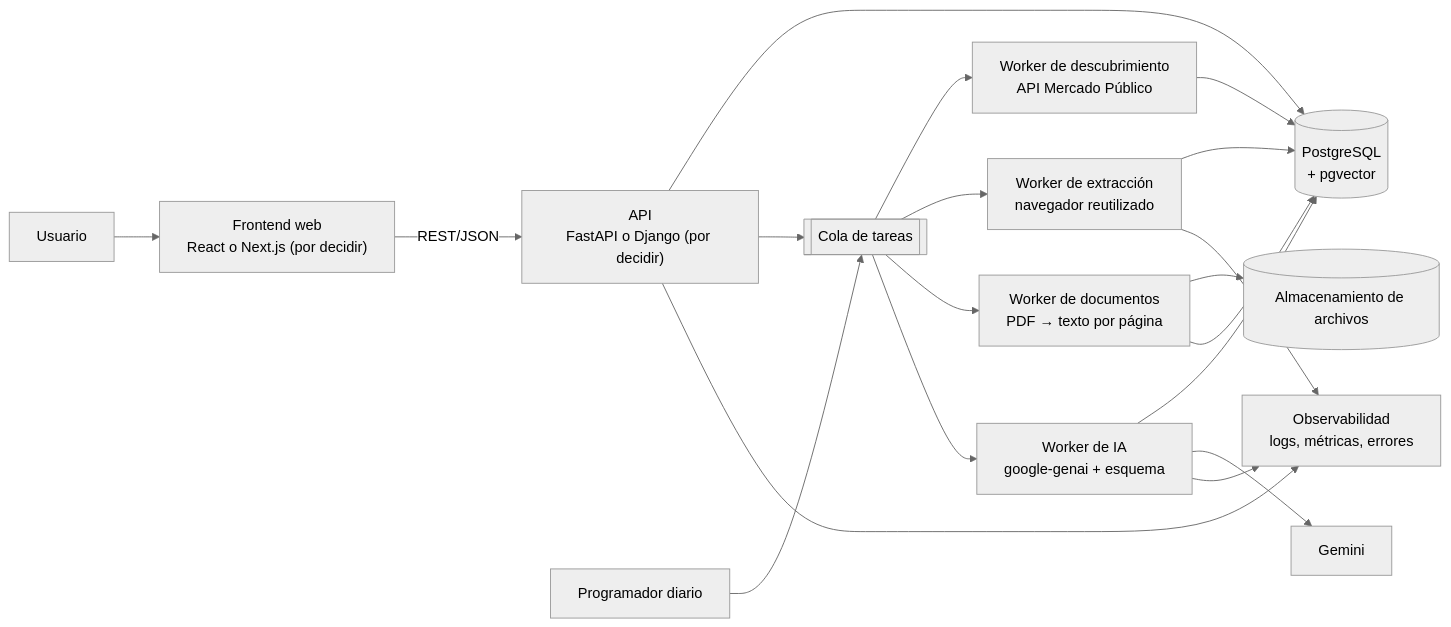
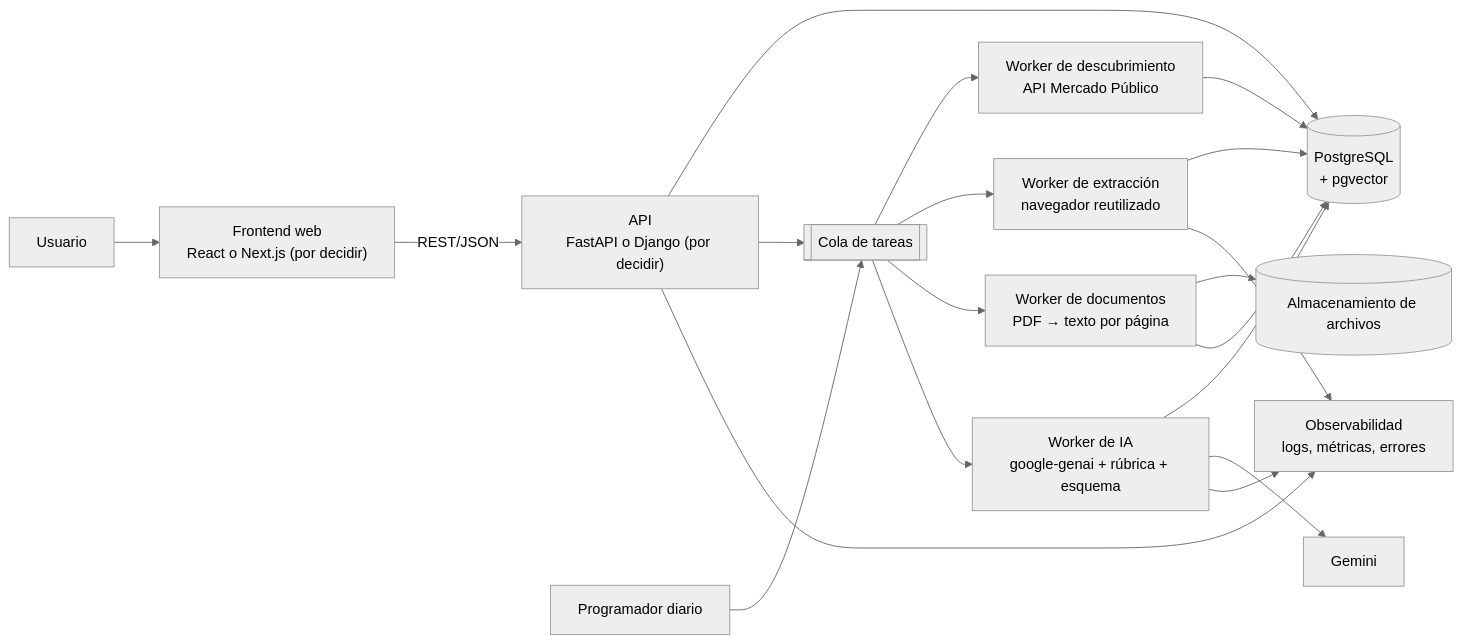
Before and after one commit to randradev/licitai-prototipo: the fourth of 4 diagrams in LICITAI_PROJECT_DOSSIER.md, drawn with Mermaid (neutral theme). The commit also changed other lines of this file, not shown here.

````diff
--- a/LICITAI_PROJECT_DOSSIER.md
+++ b/LICITAI_PROJECT_DOSSIER.md
@@ -492,21 +617,21 @@
 ```mermaid
 flowchart LR
     U[Usuario] --> FE["Frontend web<br/>React o Next.js (por decidir)"]
     FE -- REST/JSON --> API["API<br/>FastAPI o Django (por decidir)"]
     API --> PG[("PostgreSQL<br/>+ pgvector")]
     API --> Q[["Cola de tareas"]]
     SCH["Programador diario"] --> Q
     Q --> W1["Worker de descubrimiento<br/>API Mercado Público"]
     Q --> W2["Worker de extracción<br/>navegador reutilizado"]
     Q --> W3["Worker de documentos<br/>PDF → texto por página"]
-    Q --> W4["Worker de IA<br/>google-genai + esquema"]
+    Q --> W4["Worker de IA<br/>google-genai + rúbrica + esquema"]
     W1 --> PG
     W2 --> PG
     W3 --> OBJ[("Almacenamiento de archivos")]
     W3 --> PG
     W4 --> PG
     W4 --> LLM["Gemini"]
     API --> OBS["Observabilidad<br/>logs, métricas, errores"]
     W2 --> OBS
     W4 --> OBS
 ```
````
